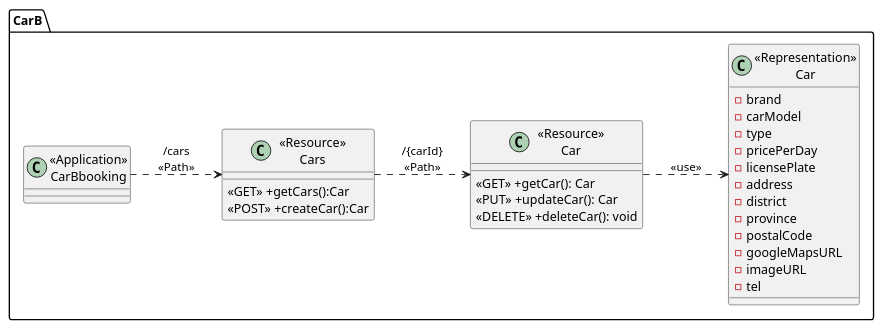
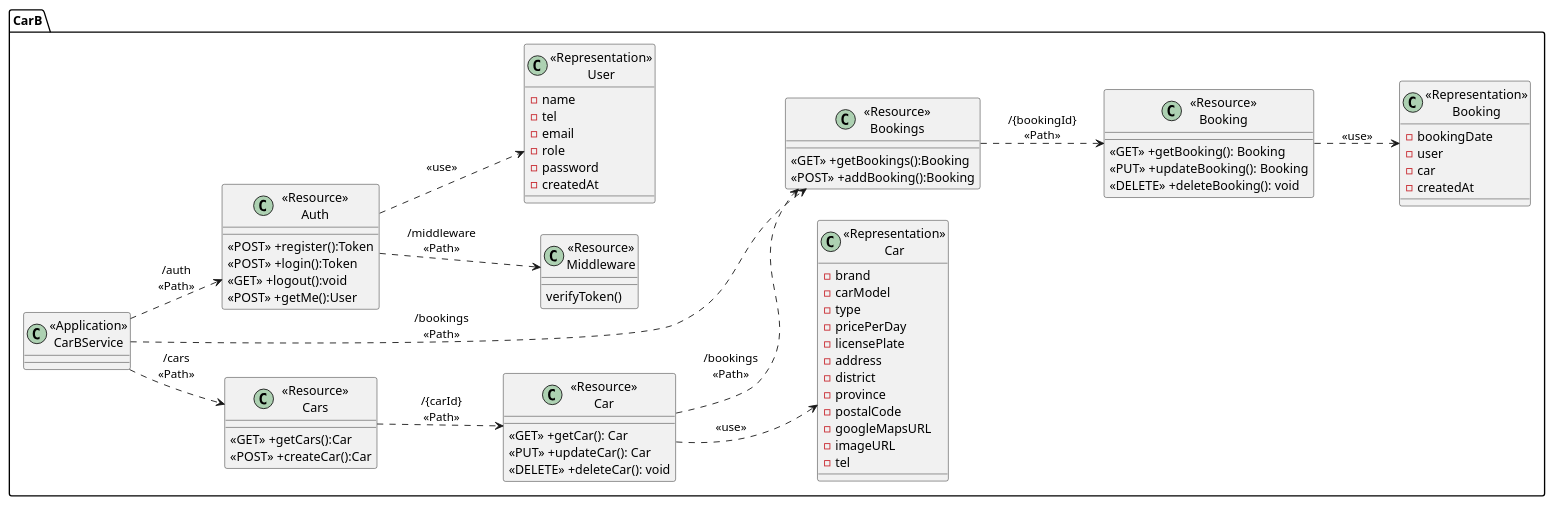
One commit to 2110503TACEDT66/presentation-day-1-samrongsquad changed the diagram in Puml/Class.puml. Above: the diagram before and after it, drawn with PlantUML. The commit also changed 2 other files, not shown here.

```diff
--- a/Puml/Class.puml
+++ b/Puml/Class.puml
@@ -1,38 +1,92 @@
 @startuml
 left to right direction
 package "CarB"{
-    class "<<Application>>\nCarBbooking" as CarBbooking{}
+    class "<<Application>>\nCarBService" as CarBService{}
 
     class "<<Resource>>\nCars" as ResourceCars{
         <<GET>> +getCars():Car
         <<POST>> +createCar():Car
     }
 
     class "<<Resource>>\nCar" as ResourceCar {
         <<GET>> +getCar(): Car
         <<PUT>> +updateCar(): Car
         <<DELETE>> +deleteCar(): void
     }
 
     class "<<Representation>>\nCar" as RepresentationCar {
         -brand
         -carModel
         -type
         -pricePerDay
         -licensePlate
         -address
         -district
         -province
         -postalCode
         -googleMapsURL
         -imageURL
         -tel
     }
 
+   
+
+    class "<<Resource>>\nBookings" as ResourceBookings{
+        <<GET>> +getBookings():Booking
+        <<POST>> +addBooking():Booking
+    }
+
+    class "<<Resource>>\nBooking" as ResourceBooking {
+        <<GET>> +getBooking(): Booking
+        <<PUT>> +updateBooking(): Booking
+        <<DELETE>> +deleteBooking(): void
+    }
+
+    class "<<Representation>>\nBooking" as RepresentationBooking {
+        -bookingDate
+        -user
+        -car
+        -createdAt
+    }
+
+    class "<<Resource>>\nAuth" as ResourceAuth{
+        <<POST>> +register():Token
+        <<POST>> +login():Token
+        <<GET>> +logout():void
+        <<POST>> +getMe():User
+    }
+
+    class "<<Resource>>\nMiddleware" as ResourceMiddleware{
+        verifyToken()
+    }
+
+    class "<<Representation>>\nUser" as RepresentationUser {
+        -name
+        -tel
+        -email
+        -role
+        -password
+        -createdAt
+    }
+    
+
+
+
+
+
 }
 
-CarBbooking ..> ResourceCars:"/cars\n<<Path>>"
+CarBService ..> ResourceCars:"/cars\n<<Path>>"
 ResourceCars ..> ResourceCar: "/{carId}\n<<Path>>"
 ResourceCar ..> RepresentationCar: "<<use>>"
+ResourceCar ..> ResourceBookings:"/bookings\n<<Path>>"
+
+CarBService ..> ResourceBookings:"/bookings\n<<Path>>"
+ResourceBookings ..> ResourceBooking: "/{bookingId}\n<<Path>>"
+ResourceBooking ..> RepresentationBooking: "<<use>>"
+
+CarBService ..> ResourceAuth:"/auth\n<<Path>>"
+ResourceAuth ..> ResourceMiddleware:"/middleware\n<<Path>>"
+ResourceAuth ..> RepresentationUser:"<<use>>"
 
 @enduml
```
